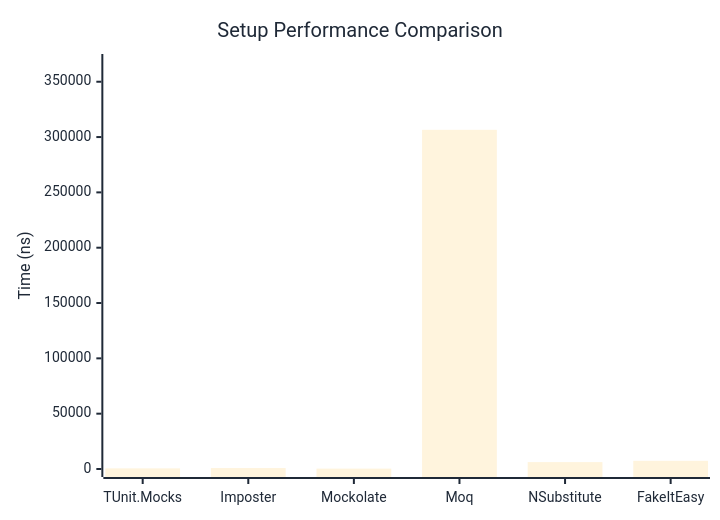
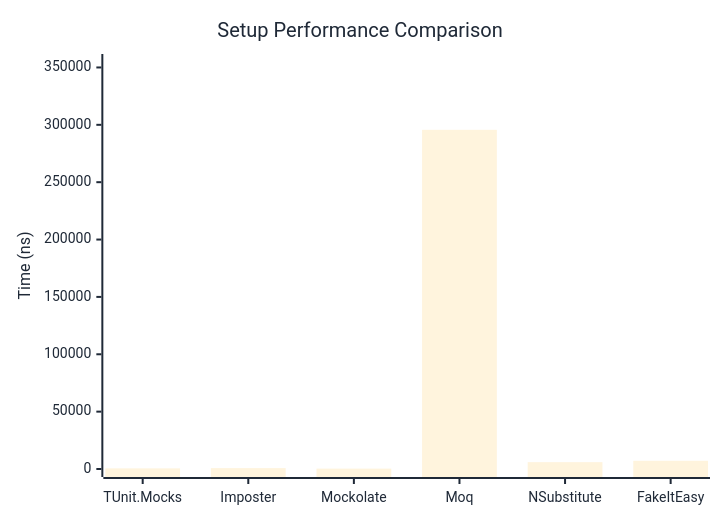
Before and after one commit to thomhurst/TUnit: the first of 2 diagrams in docs/docs/benchmarks/mocks/Setup.md, drawn with Mermaid. The commit also changed other lines of this file and 14 other files, not shown here.

````diff
--- a/docs/docs/benchmarks/mocks/Setup.md
+++ b/docs/docs/benchmarks/mocks/Setup.md
@@ -30,27 +30,27 @@
 ```mermaid
 %%{init: {
   'theme':'base',
   'themeVariables': {
     'primaryColor': '#2563eb',
     'primaryTextColor': '#1f2937',
     'primaryBorderColor': '#1e40af',
     'lineColor': '#6b7280',
     'secondaryColor': '#7c3aed',
     'tertiaryColor': '#dc2626',
     'background': '#ffffff',
     'pie1': '#2563eb',
     'pie2': '#7c3aed',
     'pie3': '#dc2626',
     'pie4': '#f59e0b',
     'pie5': '#10b981',
     'pie6': '#06b6d4',
     'pie7': '#ec4899',
     'pie8': '#6366f1'
   }
 }}%%
 xychart-beta
   title "Setup Performance Comparison"
   x-axis ["TUnit.Mocks", "Imposter", "Mockolate", "Moq", "NSubstitute", "FakeItEasy"]
-  y-axis "Time (ns)" 0 --> 367835
-  bar [582.2, 870.7, 342.5, 306528.9, 6228.6, 7407.9]
+  y-axis "Time (ns)" 0 --> 354759
+  bar [569.9, 789.5, 338.5, 295632.3, 5964.2, 7147]
 ```
````
